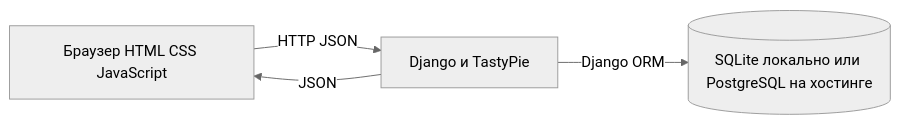
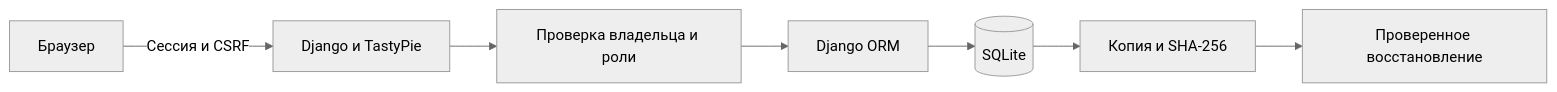
One commit to dreizziq/practice changed the diagram in docs/architecture.mmd. Above: the diagram before and after it, drawn with Mermaid (neutral theme). The commit also changed 48 other files, not shown here.

```diff
--- a/docs/architecture.mmd
+++ b/docs/architecture.mmd
@@ -1,4 +1,7 @@
 flowchart LR
-  U[Браузер HTML CSS JavaScript] -->|HTTP JSON| R[Django и TastyPie]
-  R -->|Django ORM| D[(SQLite локально или PostgreSQL на хостинге)]
-  R -->|JSON| U
+  B[Браузер] -->|Сессия и CSRF| A[Django и TastyPie]
+  A --> P[Проверка владельца и роли]
+  P --> O[Django ORM]
+  O --> D[(SQLite)]
+  D --> C[Копия и SHA-256]
+  C --> R[Проверенное восстановление]
```
